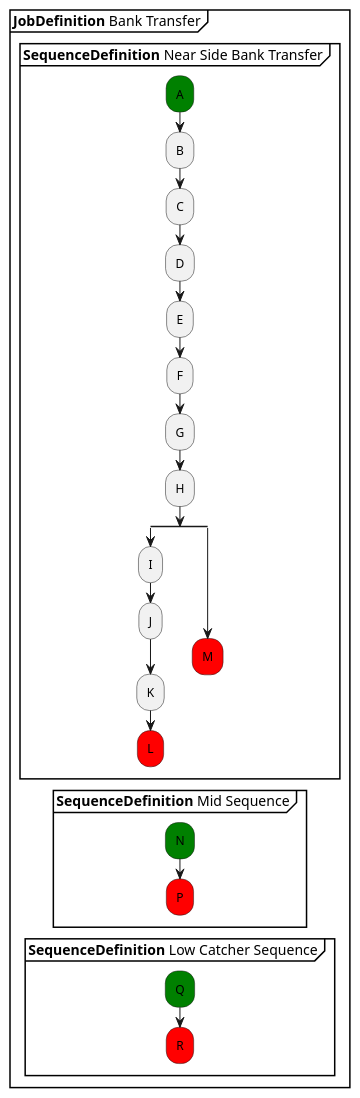
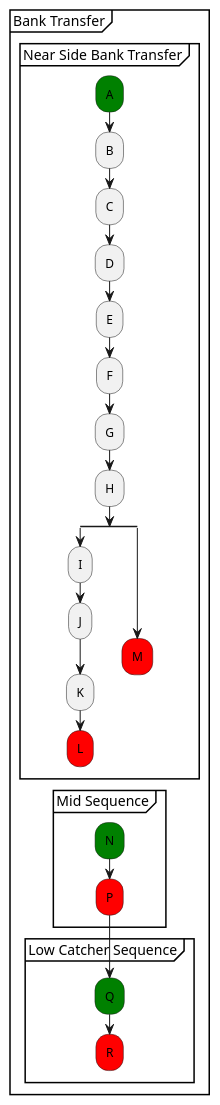
The diagram in models/SequenceVerificationDataCentric/puml/Tutorial_2.puml (xtuml/munin), drawn with PlantUML before and after one commit. The commit also changed 21 other files, not shown here.

```diff
--- a/models/SequenceVerificationDataCentric/puml/Tutorial_2.puml
+++ b/models/SequenceVerificationDataCentric/puml/Tutorial_2.puml
@@ -7,34 +7,32 @@
 @startuml 
-partition "**JobDefinition** Bank Transfer" {
-group **SequenceDefinition** Near Side Bank Transfer
+partition "Bank Transfer" {
+group "Near Side Bank Transfer"
       #green:A;
       :B;
       :C;
       :D;
       :E;
       :F;
       :G;
       :H;
   split
       :I;
       :J;
       :K;
       #red:L;
       detach
   split again
       #red:M;
       detach
   end split    
 end group
-detach
-group **SequenceDefinition** Mid Sequence
+group "Mid Sequence"
       #green:N;
       #red:P;
 end group
-detach
-group **SequenceDefinition** Low Catcher Sequence
+group "Low Catcher Sequence"
       #green:Q;
       #red:R;
 end group
 }      
 @enduml
```
